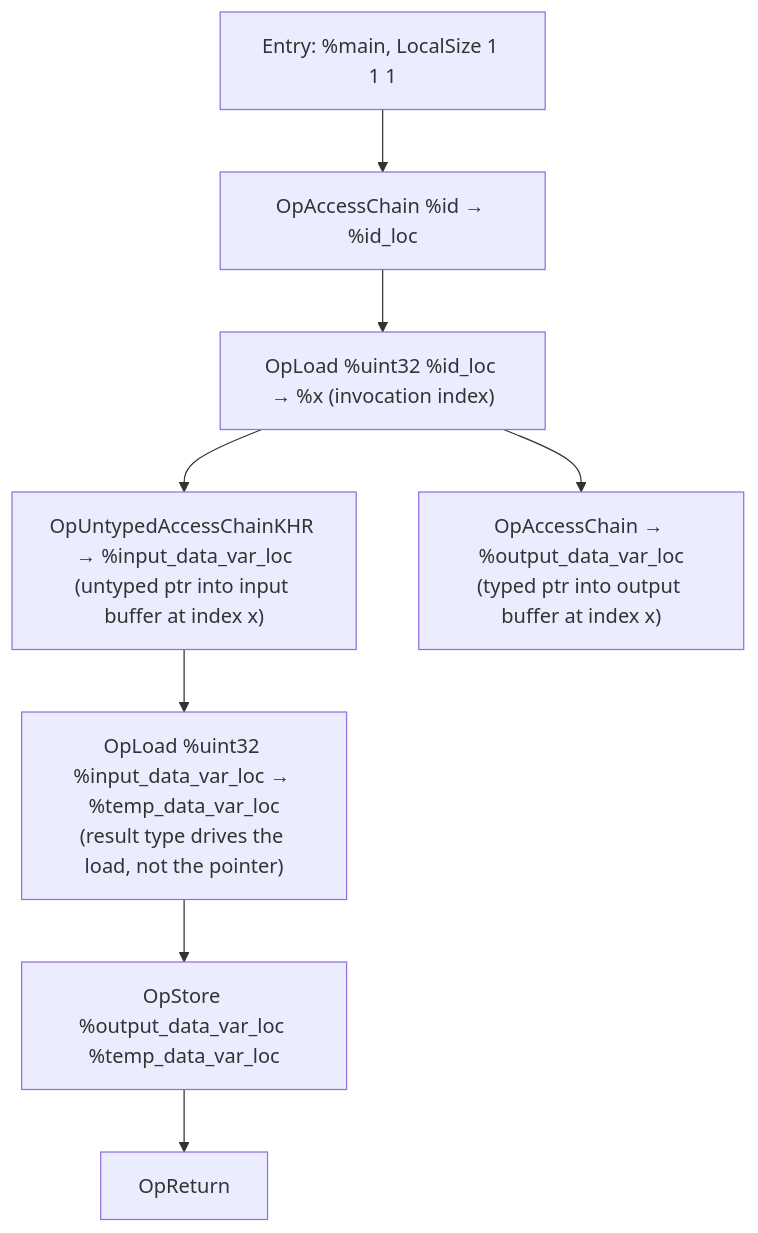
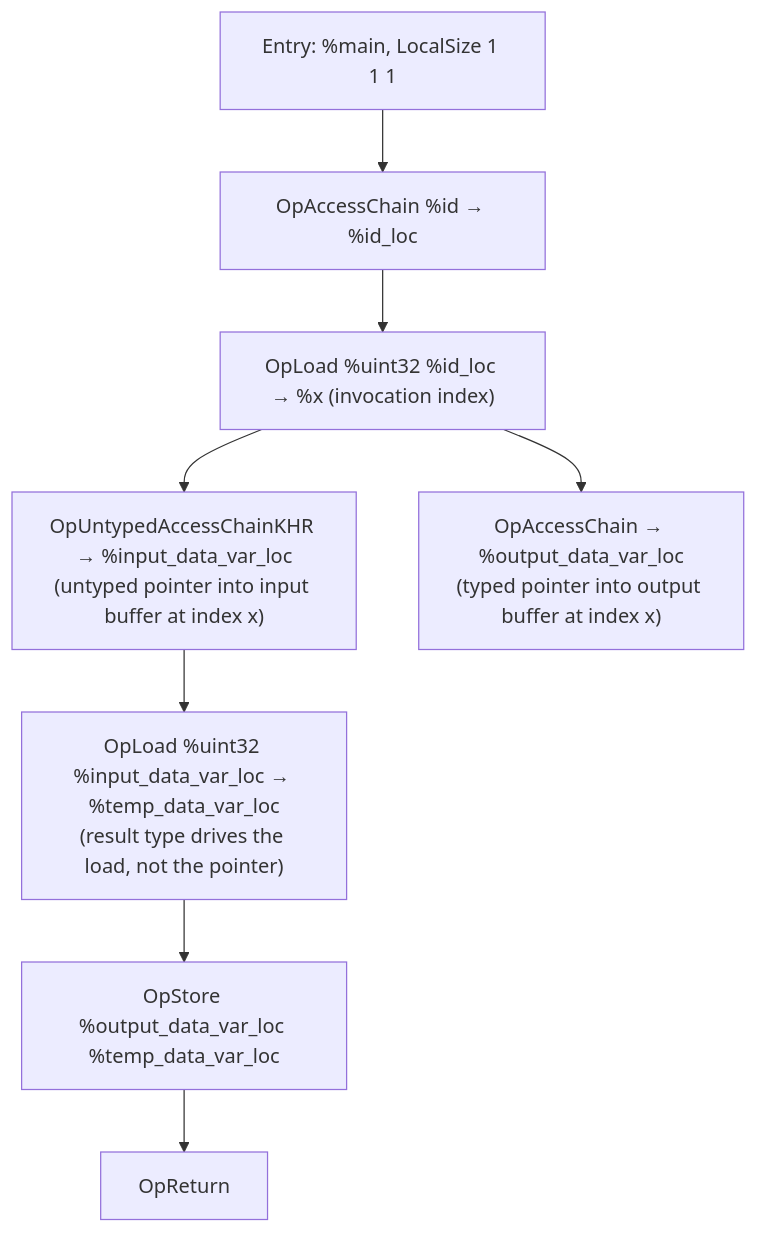
Before and after one commit to Thomaswang0822/VulkanCTS-Wiki: the diagram in external/vulkancts/wiki/testfiles/spirv_assembly/UntypedPointersTests.md, drawn with Mermaid. The commit also changed other lines of this file and 363 other files, not shown here.

````diff
--- a/external/vulkancts/wiki/testfiles/spirv_assembly/UntypedPointersTests.md
+++ b/external/vulkancts/wiki/testfiles/spirv_assembly/UntypedPointersTests.md
@@ -109,10 +111,10 @@
 ```mermaid
 flowchart TD
     A["Entry: %main, LocalSize 1 1 1"] --> B["OpAccessChain %id → %id_loc"]
     B --> C["OpLoad %uint32 %id_loc → %x (invocation index)"]
-    C --> D["OpUntypedAccessChainKHR → %input_data_var_loc<br/>(untyped ptr into input buffer at index x)"]
-    C --> E["OpAccessChain → %output_data_var_loc<br/>(typed ptr into output buffer at index x)"]
+    C --> D["OpUntypedAccessChainKHR → %input_data_var_loc<br/>(untyped pointer into input buffer at index x)"]
+    C --> E["OpAccessChain → %output_data_var_loc<br/>(typed pointer into output buffer at index x)"]
     D --> F["OpLoad %uint32 %input_data_var_loc → %temp_data_var_loc<br/>(result type drives the load, not the pointer)"]
     F --> G["OpStore %output_data_var_loc %temp_data_var_loc"]
     G --> H["OpReturn"]
 ```
````
